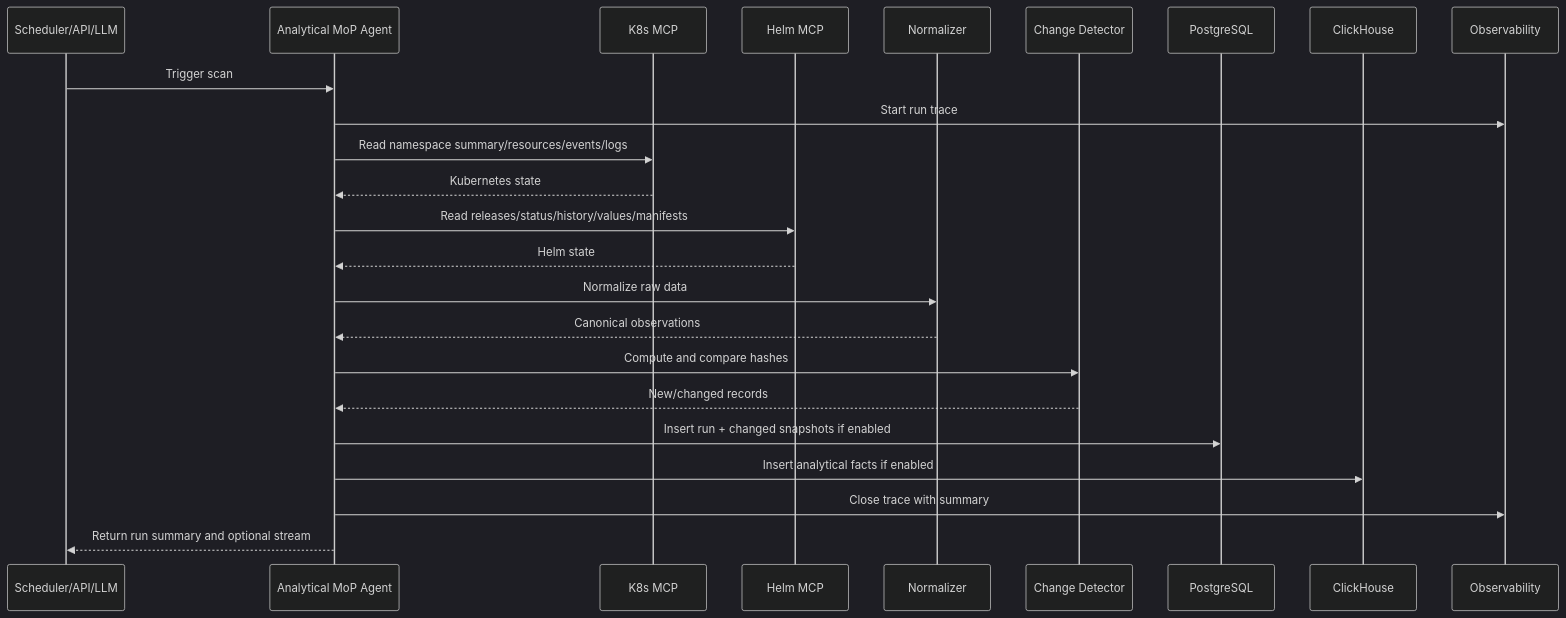
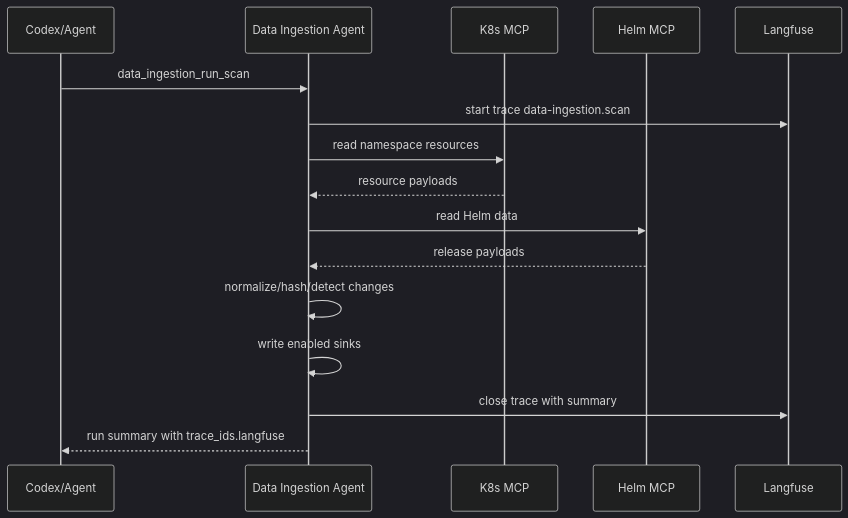
One commit to aveeshek/bosgenesis-k8s-data-ingestion-agent changed the fourth of 4 diagrams in docs/02_HLD_ANALYTICAL_MOP_AGENT.md. Above: the diagram before and after it, drawn with Mermaid (dark theme). The commit also changed other lines of this file and 4 other files, not shown here.

````diff
--- a/docs/02_HLD_ANALYTICAL_MOP_AGENT.md
+++ b/docs/02_HLD_ANALYTICAL_MOP_AGENT.md
@@ -204,27 +113,19 @@
 ```mermaid
 sequenceDiagram
-    participant S as Scheduler/API/LLM
-    participant A as Analytical MoP Agent
+    participant C as Codex/Agent
+    participant A as Data Ingestion Agent
     participant K as K8s MCP
     participant H as Helm MCP
-    participant N as Normalizer
-    participant D as Change Detector
-    participant P as PostgreSQL
-    participant C as ClickHouse
-    participant O as Observability
+    participant L as Langfuse
 
-    S->>A: Trigger scan
-    A->>O: Start run trace
-    A->>K: Read namespace summary/resources/events/logs
-    K-->>A: Kubernetes state
-    A->>H: Read releases/status/history/values/manifests
-    H-->>A: Helm state
-    A->>N: Normalize raw data
-    N-->>A: Canonical observations
-    A->>D: Compute and compare hashes
-    D-->>A: New/changed records
-    A->>P: Insert run + changed snapshots if enabled
-    A->>C: Insert analytical facts if enabled
-    A->>O: Close trace with summary
-    A-->>S: Return run summary and optional stream
+    C->>A: data_ingestion_run_scan
+    A->>L: start trace data-ingestion.scan
+    A->>K: read namespace resources
+    K-->>A: resource payloads
+    A->>H: read Helm data
+    H-->>A: release payloads
+    A->>A: normalize/hash/detect changes
+    A->>A: write enabled sinks
+    A->>L: close trace with summary
+    A-->>C: run summary with trace_ids.langfuse
 ```
````
